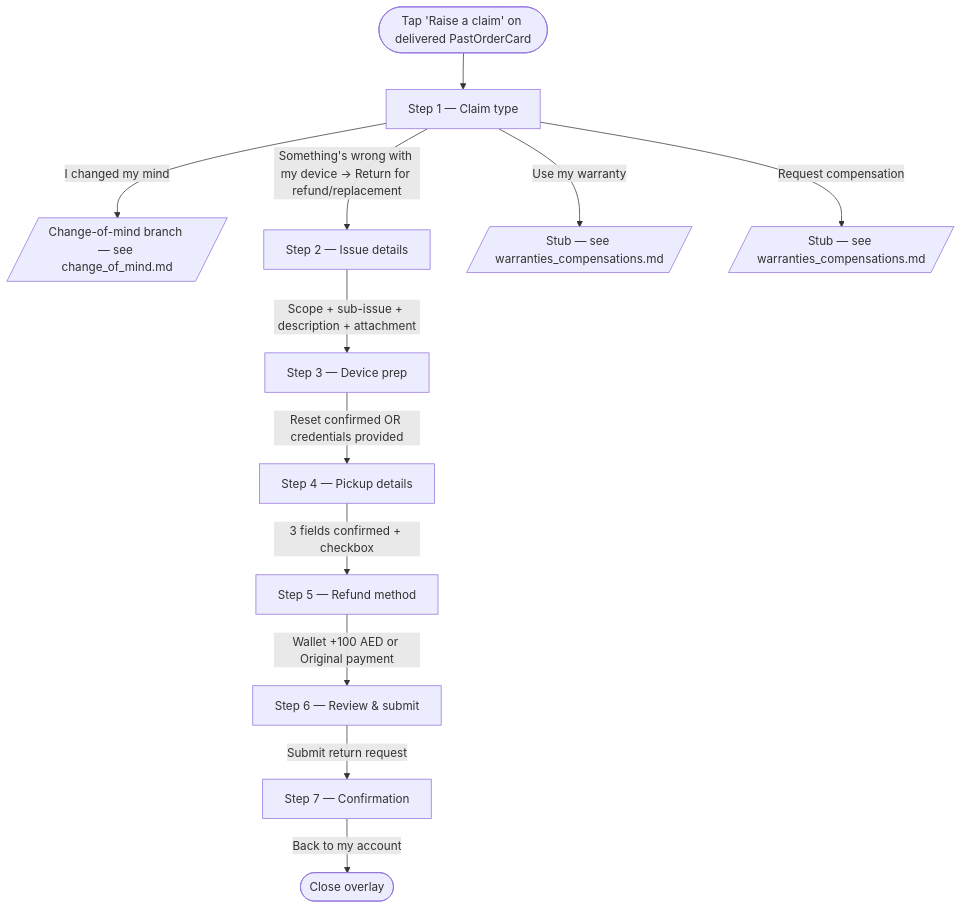
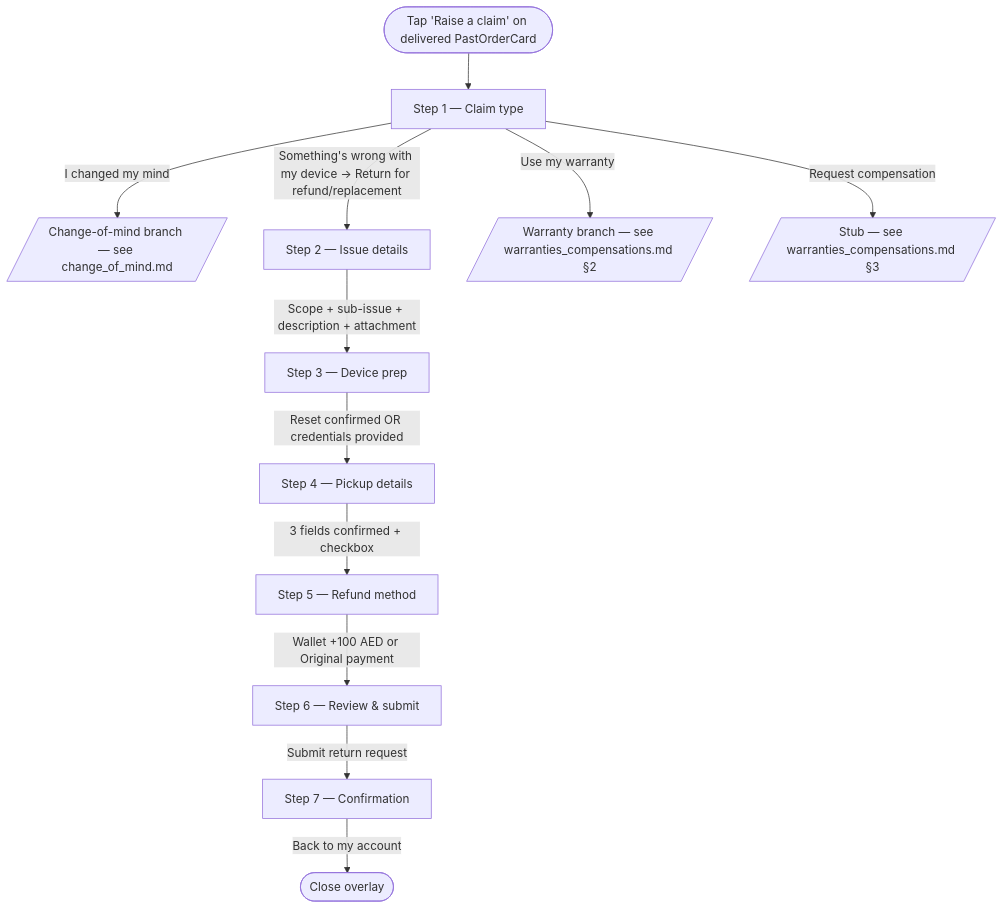
The diagram in docs/output/returns/issue.md (andrea-revibe/my-account-redesign-v2), drawn with Mermaid before and after one commit. The commit also changed other lines of this file and 20 other files, not shown here.

Commit message:
added warranties raise a claim flow and cards

````diff
--- a/docs/output/returns/issue.md
+++ b/docs/output/returns/issue.md
@@ -25,14 +25,14 @@
 ```mermaid
 flowchart TD
   entry([Tap 'Raise a claim' on delivered PastOrderCard]) --> s1[Step 1 — Claim type]
   s1 -->|I changed my mind| com[/Change-of-mind branch — see change_of_mind.md/]
   s1 -->|Something's wrong with my device → Return for refund/replacement| s2[Step 2 — Issue details]
-  s1 -->|Use my warranty| stub1[/Stub — see warranties_compensations.md/]
-  s1 -->|Request compensation| stub2[/Stub — see warranties_compensations.md/]
+  s1 -->|Use my warranty| warranty[/Warranty branch — see warranties_compensations.md §2/]
+  s1 -->|Request compensation| stub2[/Stub — see warranties_compensations.md §3/]
   s2 -->|Scope + sub-issue + description + attachment| s3[Step 3 — Device prep]
   s3 -->|Reset confirmed OR credentials provided| s4[Step 4 — Pickup details]
   s4 -->|3 fields confirmed + checkbox| s5[Step 5 — Refund method]
   s5 -->|Wallet +100 AED or Original payment| s6[Step 6 — Review & submit]
   s6 -->|Submit return request| s7[Step 7 — Confirmation]
   s7 -->|Back to my account| close([Close overlay])
 ```
````
